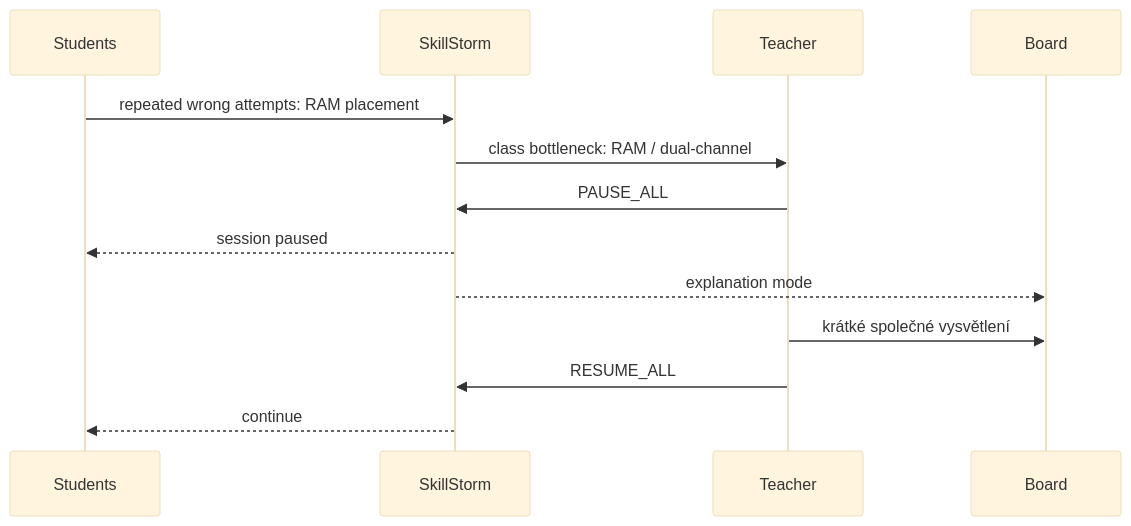
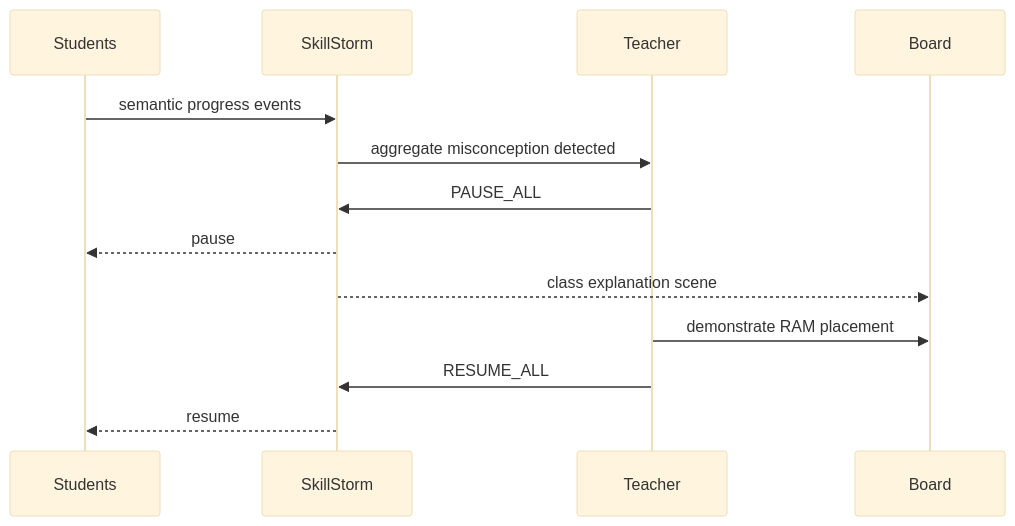
The second of 6 diagrams in docs/interactive-it-lab/README.md (KadlecekTomas/SkillStorm), drawn with Mermaid (base theme) before and after one commit. The commit also changed other lines of this file, not shown here.

````diff
--- a/docs/interactive-it-lab/README.md
+++ b/docs/interactive-it-lab/README.md
@@ -160,16 +128,16 @@
 ```mermaid
 sequenceDiagram
     participant S as Students
     participant API as SkillStorm
     participant T as Teacher
     participant B as Board
 
-    S->>API: repeated wrong attempts: RAM placement
-    API->>T: class bottleneck: RAM / dual-channel
+    S->>API: semantic progress events
+    API->>T: aggregate misconception detected
     T->>API: PAUSE_ALL
-    API-->>S: session paused
-    API-->>B: explanation mode
-    T->>B: krátké společné vysvětlení
+    API-->>S: pause
+    API-->>B: class explanation scene
+    T->>B: demonstrate RAM placement
     T->>API: RESUME_ALL
-    API-->>S: continue
+    API-->>S: resume
 ```
````
